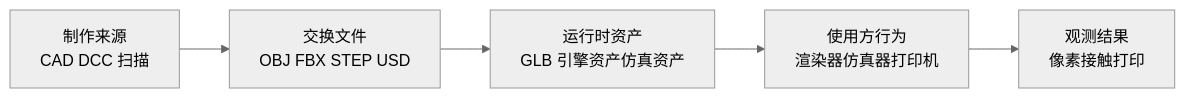
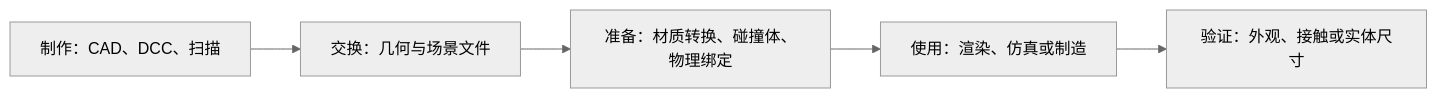
Before and after one commit to niuverse/llm-wiki: the diagram in wiki/syntheses/3d-model-formats-learning-map.md, drawn with Mermaid (neutral theme). The commit also changed other lines of this file and 222 other files, not shown here.

````diff
--- a/wiki/syntheses/3d-model-formats-learning-map.md
+++ b/wiki/syntheses/3d-model-formats-learning-map.md
@@ -94,7 +31,7 @@
 ```mermaid
 flowchart LR
-  A["制作来源<br/>CAD DCC 扫描"] --> B["交换文件<br/>OBJ FBX STEP USD"]
-  B --> C["运行时资产<br/>GLB 引擎资产仿真资产"]
-  C --> D["使用方行为<br/>渲染器仿真器打印机"]
-  D --> E["观测结果<br/>像素接触打印"]
+  A[制作：CAD、DCC、扫描] --> B[交换：几何与场景文件]
+  B --> C[准备：材质转换、碰撞体、物理绑定]
+  C --> D[使用：渲染、仿真或制造]
+  D --> E[验证：外观、接触或实体尺寸]
 ```
````
